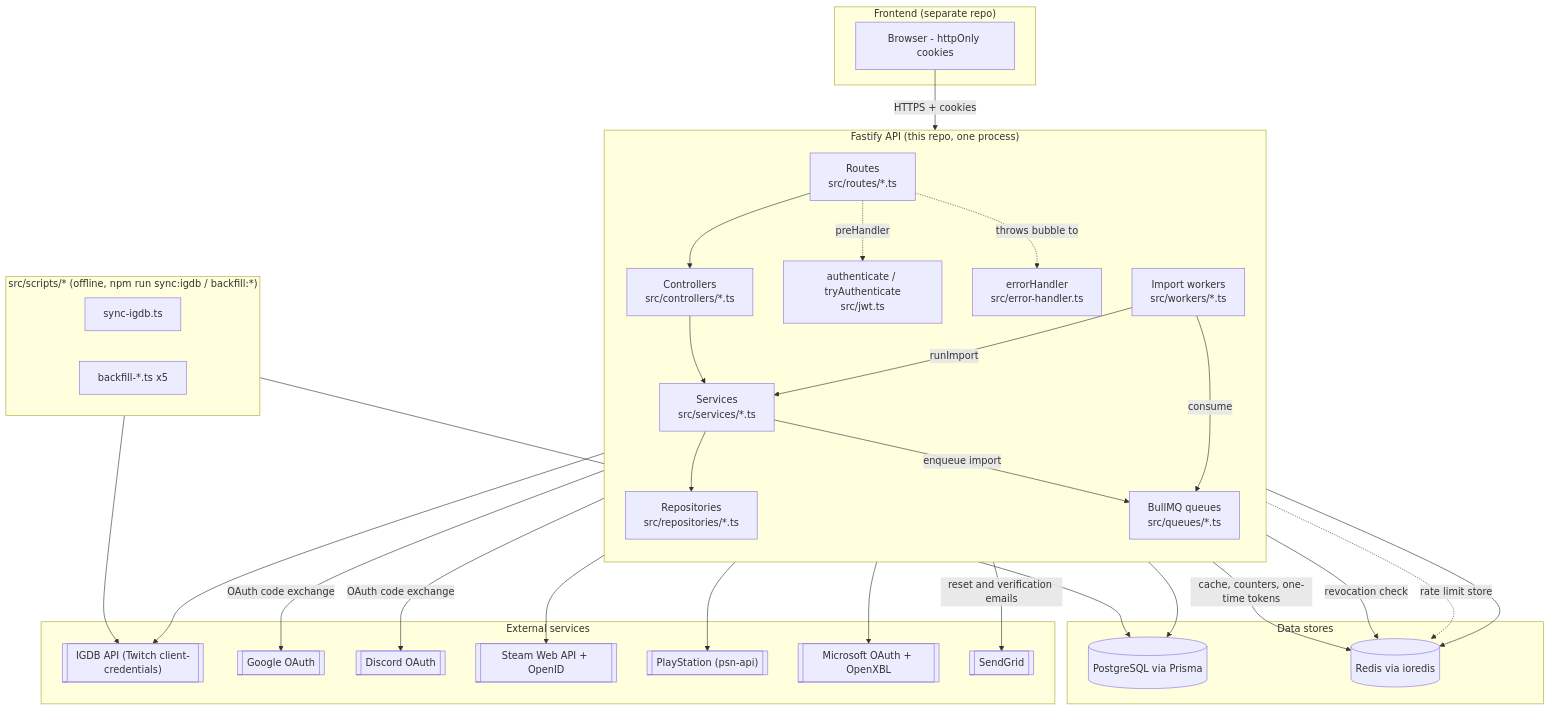
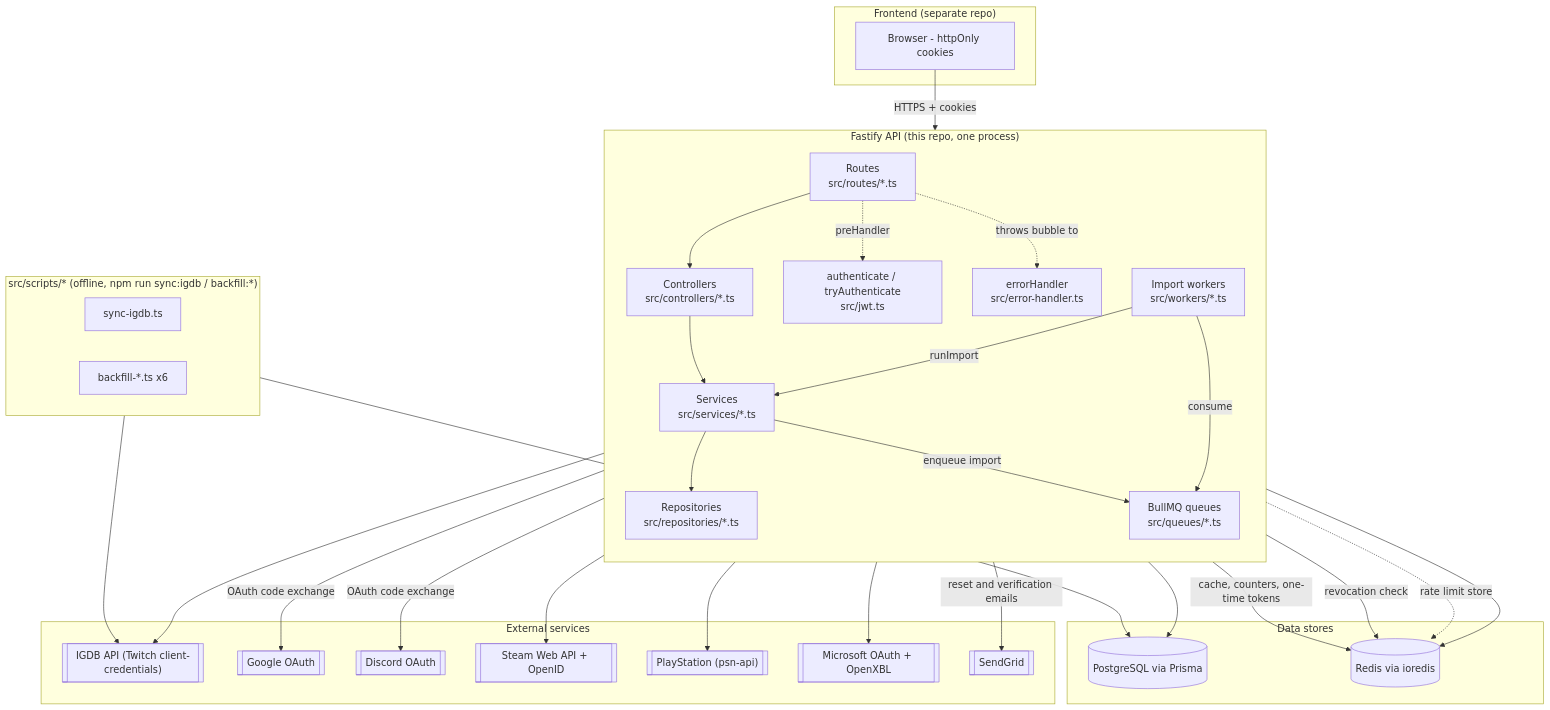
One commit to MathQuente/lib changed the diagram in docs/CODEBASE_MAP.md. Above: the diagram before and after it, drawn with Mermaid. The commit also changed other lines of this file and 30 other files, not shown here.

````diff
--- a/docs/CODEBASE_MAP.md
+++ b/docs/CODEBASE_MAP.md
@@ -15,60 +15,60 @@
 ```mermaid
 flowchart TB
     subgraph Client["Frontend (separate repo)"]
         FE[Browser - httpOnly cookies]
     end
 
     subgraph API["Fastify API (this repo, one process)"]
         direction TB
         ROUTES["Routes\nsrc/routes/*.ts"]
         CTRL["Controllers\nsrc/controllers/*.ts"]
         SVC["Services\nsrc/services/*.ts"]
         REPO["Repositories\nsrc/repositories/*.ts"]
         JWTMOD["authenticate / tryAuthenticate\nsrc/jwt.ts"]
         ERR["errorHandler\nsrc/error-handler.ts"]
         QUEUES["BullMQ queues\nsrc/queues/*.ts"]
         WORKERS["Import workers\nsrc/workers/*.ts"]
     end
 
     subgraph Data["Data stores"]
         PG[(PostgreSQL via Prisma)]
         REDIS[(Redis via ioredis)]
     end
 
     subgraph External["External services"]
         IGDB[["IGDB API (Twitch client-credentials)"]]
         GOOGLE[["Google OAuth"]]
         DISCORD[["Discord OAuth"]]
         STEAM[["Steam Web API + OpenID"]]
         PSN[["PlayStation (psn-api)"]]
         XBOX[["Microsoft OAuth + OpenXBL"]]
         SENDGRID[["SendGrid"]]
     end
 
     FE -->|HTTPS + cookies| ROUTES
     ROUTES --> CTRL --> SVC --> REPO
     REPO --> PG
     SVC -->|cache, counters, one-time tokens| REDIS
     ROUTES -.->|preHandler| JWTMOD
     JWTMOD -->|revocation check| REDIS
     ROUTES -.->|rate limit store| REDIS
     ROUTES -.->|throws bubble to| ERR
     SVC --> IGDB
     SVC -->|enqueue import| QUEUES
     QUEUES --> REDIS
     WORKERS -->|consume| QUEUES
     WORKERS -->|runImport| SVC
     SVC --> STEAM
     SVC --> PSN
     SVC --> XBOX
     SVC -->|reset and verification emails| SENDGRID
     CTRL -->|OAuth code exchange| GOOGLE
     CTRL -->|OAuth code exchange| DISCORD
 
     subgraph Scripts["src/scripts/* (offline, npm run sync:igdb / backfill:*)"]
         SYNC[sync-igdb.ts]
-        BF[backfill-*.ts x5]
+        BF[backfill-*.ts x6]
     end
     Scripts --> IGDB
     Scripts --> PG
 ```
````
